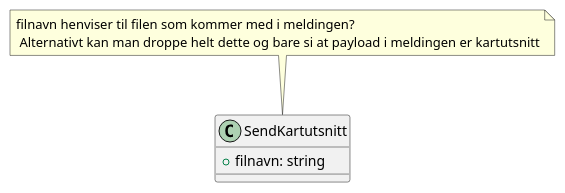
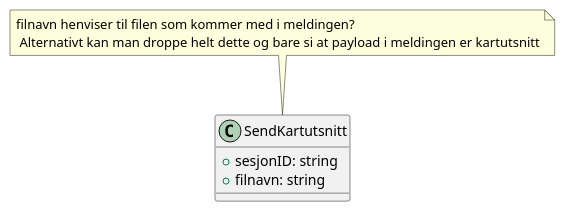
One commit to ks-no/fiks-link-specification changed the diagram in Dokumentasjon/V1/ClassDiagrams/no.ks.fiks.link.v1.innsyn.kartutsnitt.send/class-diagram.pu. Above: the diagram before and after it, drawn with PlantUML. The commit also changed 11 other files, not shown here.

Commit message:
Lagt til sesjonID feltet i klassediagram

```diff
--- a/Dokumentasjon/V1/ClassDiagrams/no.ks.fiks.link.v1.innsyn.kartutsnitt.send/class-diagram.pu
+++ b/Dokumentasjon/V1/ClassDiagrams/no.ks.fiks.link.v1.innsyn.kartutsnitt.send/class-diagram.pu
@@ -1,9 +1,10 @@
 @startuml
 
 class SendKartutsnitt {
+    +sesjonID: string
     +filnavn: string
 }
 
 note top of SendKartutsnitt : filnavn henviser til filen som kommer med i meldingen? \n Alternativt kan man droppe helt dette og bare si at payload i meldingen er kartutsnitt
 
 @enduml
```
